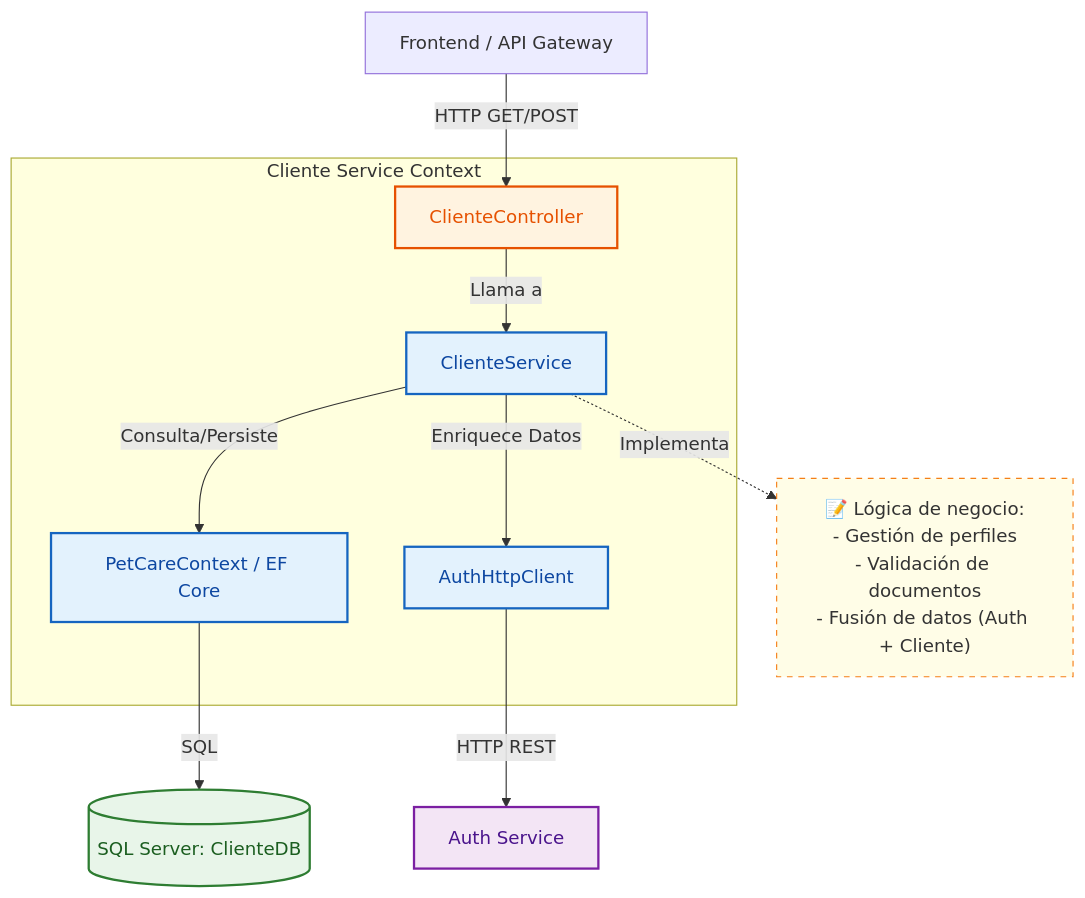
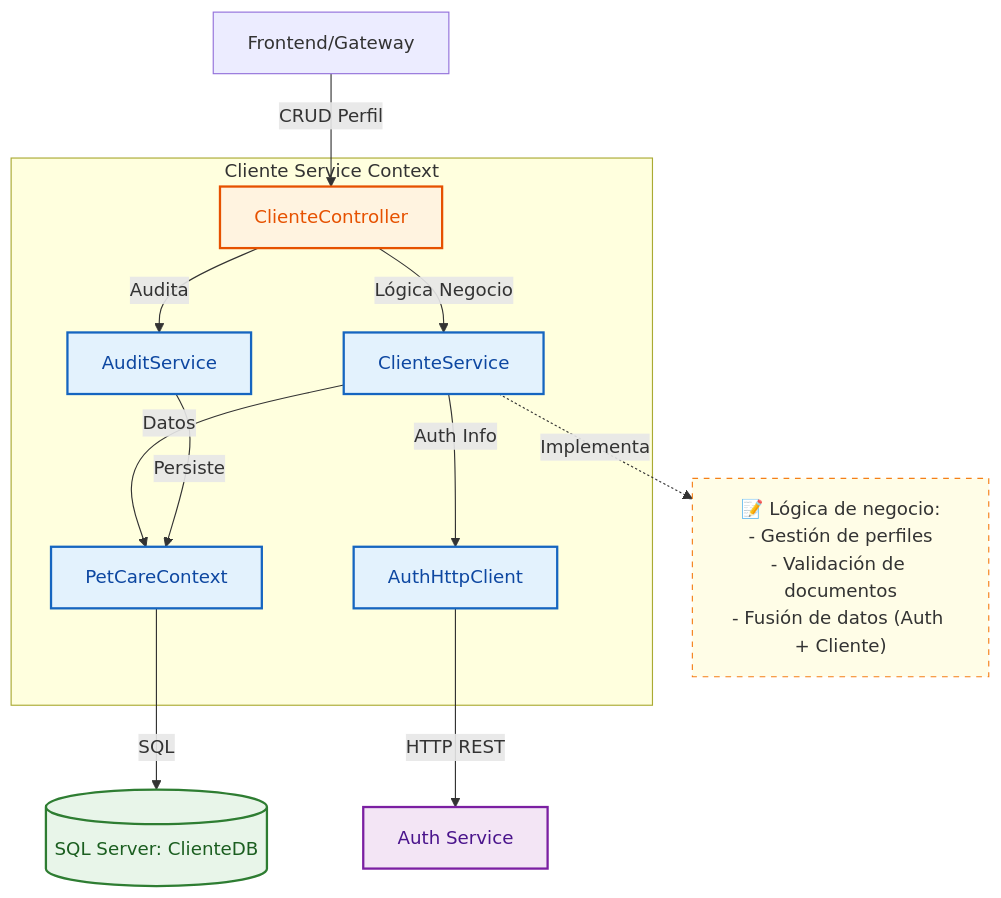
One commit to WooshC/PetCare-DSS changed the first of 2 diagrams in backend/cliente-service/README.md. Above: the diagram before and after it, drawn with Mermaid. The commit also changed other lines of this file and 4 other files, not shown here.

````diff
--- a/backend/cliente-service/README.md
+++ b/backend/cliente-service/README.md
@@ -12,40 +12,44 @@
 ```mermaid
 graph TD
     %% Nodos externos
-    User[Frontend / API Gateway]
+    User[Frontend/Gateway]
     DB[(SQL Server: ClienteDB)]
     AuthService[Auth Service]
-
+    
     subgraph "Cliente Service Context"
         Controller[ClienteController]
         Service[ClienteService]
-        Repo[PetCareContext / EF Core]
+        Repo[PetCareContext]
         AuthClient[AuthHttpClient]
+        Audit[AuditService]
     end
 
     %% Relaciones
-    User -->|HTTP GET/POST| Controller
-    Controller -->|Llama a| Service
-    Service -->|Consulta/Persiste| Repo
-    Service -->|Enriquece Datos| AuthClient
+    User -->|CRUD Perfil| Controller
+    Controller -->|Lógica Negocio| Service
+    Service -->|Datos| Repo
+    Service -->|Auth Info| AuthClient
+    
+    Controller -- Audita --> Audit
+    Audit -- Persiste --> Repo
     
     Repo -->|SQL| DB
     AuthClient -->|"HTTP REST"| AuthService
 
     %% Nota como nodo
     ServiceNote["📝 Lógica de negocio:<br/>- Gestión de perfiles<br/>- Validación de documentos<br/>- Fusión de datos (Auth + Cliente)"]
     Service -.->|Implementa| ServiceNote
 
     %% Estilos
     classDef component fill:#e3f2fd,stroke:#1565c0,stroke-width:2px,color:#0d47a1
     classDef db fill:#e8f5e9,stroke:#2e7d32,stroke-width:2px,color:#1b5e20
     classDef external fill:#f3e5f5,stroke:#7b1fa2,stroke-width:2px,color:#4a148c
     classDef api fill:#fff3e0,stroke:#e65100,stroke-width:2px,color:#e65100
     classDef note fill:#fffde7,stroke:#f57f17,stroke-width:1px,stroke-dasharray: 5 5,color:#333
 
-    class Service,Repo,AuthClient component
+    class Service,Repo,AuthClient,Audit component
     class DB db
     class AuthService external
     class Controller api
     class ServiceNote note
 ```
````
